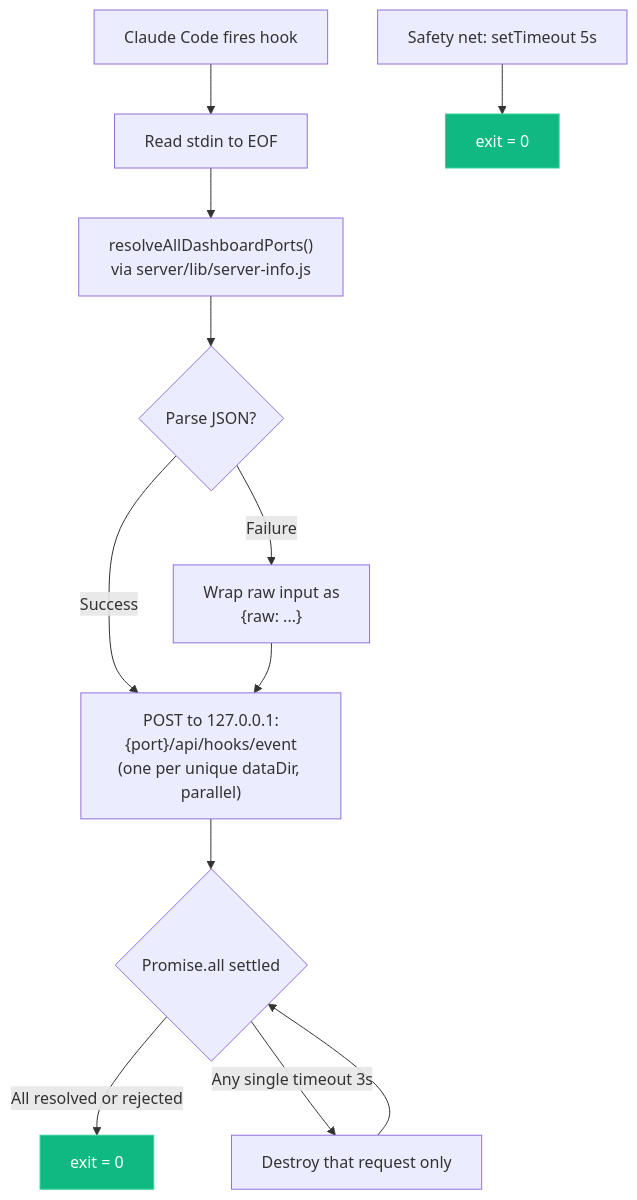
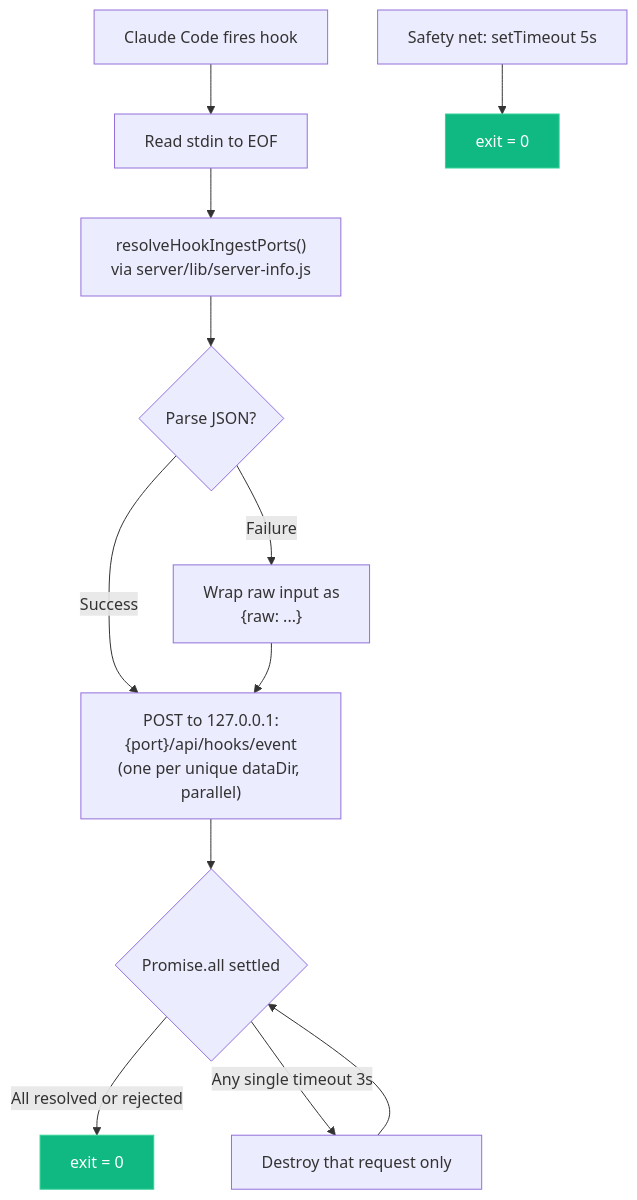
Diagram 16 of 45 in ARCHITECTURE.md (hoangsonww/Claude-Code-Agent-Monitor), drawn with Mermaid before and after one commit. The commit also changed other lines of this file and 17 other files, not shown here.

````diff
--- a/ARCHITECTURE.md
+++ b/ARCHITECTURE.md
@@ -1229,18 +1230,18 @@
 ```mermaid
 flowchart TD
     START[Claude Code fires hook] --> STDIN[Read stdin to EOF]
-    STDIN --> RESOLVE["resolveAllDashboardPorts()<br/>via server/lib/server-info.js"]
+    STDIN --> RESOLVE["resolveHookIngestPorts()<br/>via server/lib/server-info.js"]
     RESOLVE --> PARSE{Parse JSON?}
     PARSE -->|Success| POST["POST to 127.0.0.1:{port}/api/hooks/event<br/>(one per unique dataDir, parallel)"]
     PARSE -->|Failure| WRAP["Wrap raw input as<br/>#123;raw: ...#125;"]
     WRAP --> POST
     POST --> AGG{Promise.all settled}
     AGG -->|All resolved or rejected| EXIT0[exit = 0]
     AGG -->|Any single timeout 3s| DESTROY[Destroy that request only]
     DESTROY --> AGG
 
     SAFETY[Safety net: setTimeout 5s] --> EXIT0_SAFETY[exit = 0]
 
     style EXIT0 fill:#10b981,stroke:#34d399,color:#fff
     style EXIT0_SAFETY fill:#10b981,stroke:#34d399,color:#fff
 ```
````
